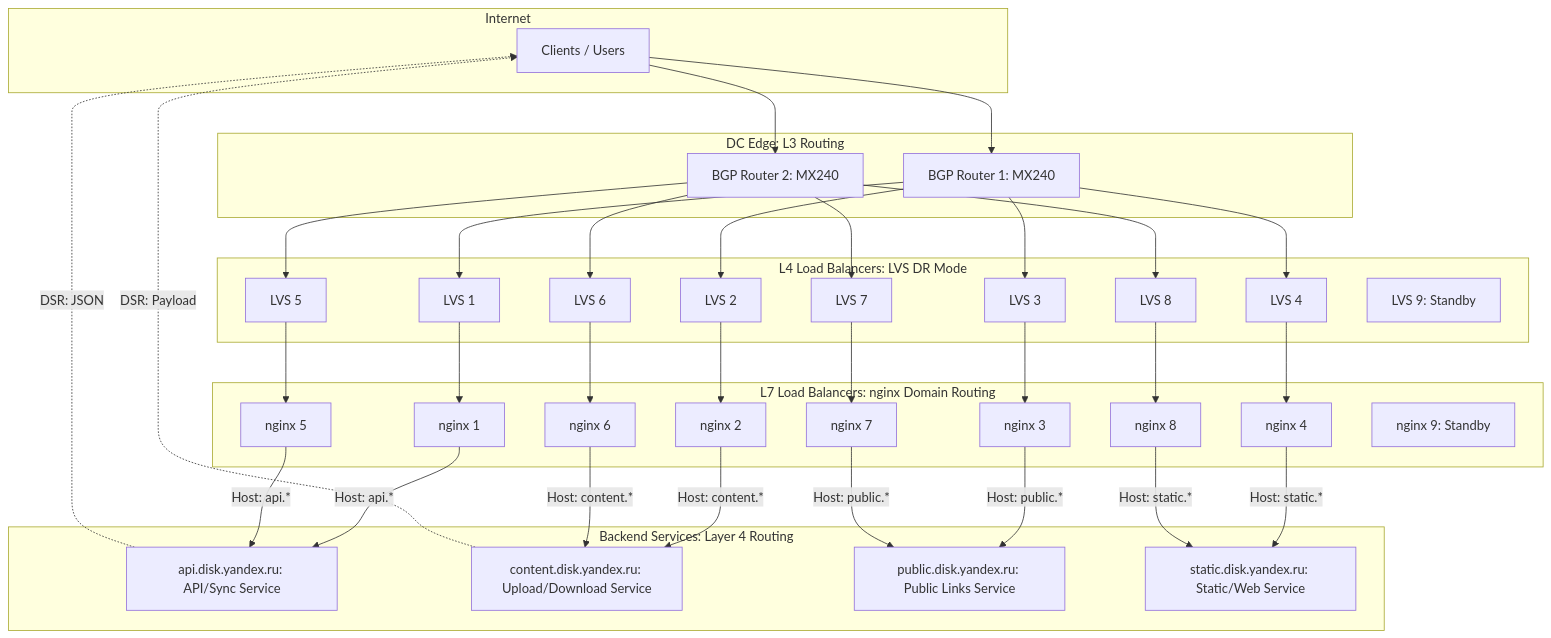
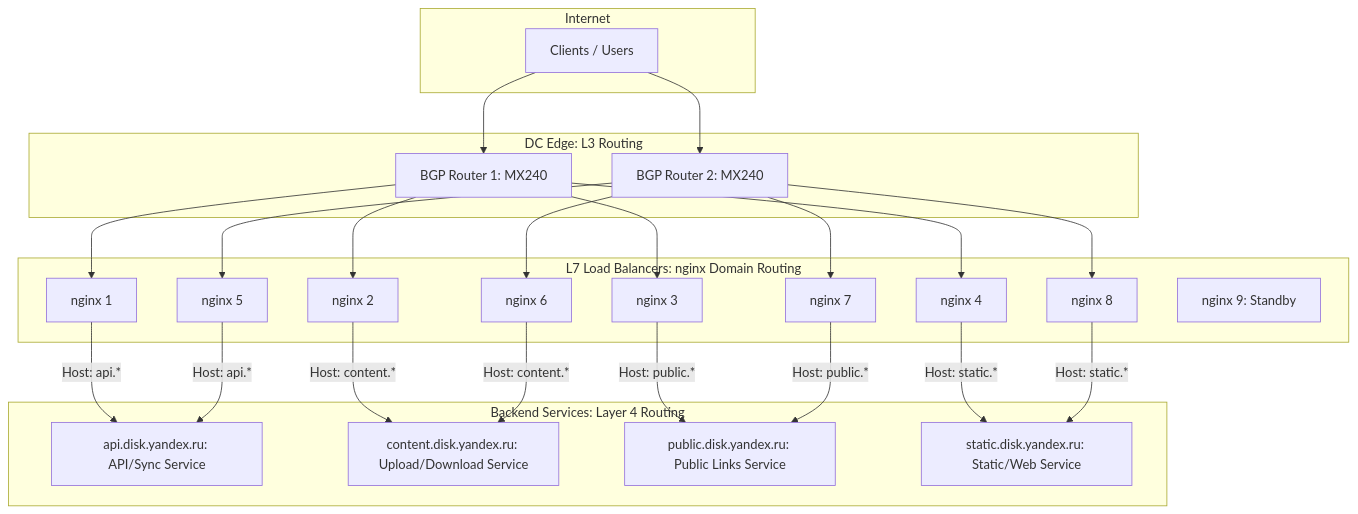
Before and after one commit to ender019/VK_Highload: the first of 3 diagrams in README.md, drawn with Mermaid. The commit also changed other lines of this file and 1 other file, not shown here.

````diff
--- a/README.md
+++ b/README.md
@@ -231,82 +207,56 @@
 ```mermaid
 flowchart TB
     subgraph Internet
         Client1[Clients / Users]
     end
 
     subgraph DC_Edge [DC Edge: L3 Routing]
         BGP1[BGP Router 1: MX240]
         BGP2[BGP Router 2: MX240]
-    end
-
-    subgraph L4_Load_Balancers [L4 Load Balancers: LVS DR Mode]
-        LVS1[LVS 1]
-        LVS2[LVS 2]
-        LVS3[LVS 3]
-        LVS4[LVS 4]
-        LVS5[LVS 5]
-        LVS6[LVS 6]
-        LVS7[LVS 7]
-        LVS8[LVS 8]
-        LVS_S[LVS 9: Standby]
     end
 
     subgraph L7_Load_Balancers [L7 Load Balancers: nginx Domain Routing]
         NG1[nginx 1]
         NG2[nginx 2]
         NG3[nginx 3]
         NG4[nginx 4]
         NG5[nginx 5]
         NG6[nginx 6]
         NG7[nginx 7]
         NG8[nginx 8]
         NG_S[nginx 9: Standby]
     end
 
     subgraph Backend_Services [Backend Services: Layer 4 Routing]
         API[api.disk.yandex.ru: API/Sync Service]
         Content[content.disk.yandex.ru: Upload/Download Service]
         Public[public.disk.yandex.ru: Public Links Service]
         Static[static.disk.yandex.ru: Static/Web Service]
     end
 
     %% Входящий трафик на BGP
     Client1 --> BGP1
     Client1 --> BGP2
 
-    %% ECMP балансировка с BGP на LVS
-    BGP1 --> LVS1
-    BGP1 --> LVS2
-    BGP1 --> LVS3
-    BGP1 --> LVS4
+    %% LVS Direct Routing на nginx (L2 forwarding)
+    BGP1 --> NG1
+    BGP1 --> NG2
+    BGP1 --> NG3
+    BGP1 --> NG4
 
-    BGP2 --> LVS5
-    BGP2 --> LVS6
-    BGP2 --> LVS7
-    BGP2 --> LVS8
-
-    %% LVS Direct Routing на nginx (L2 forwarding)
-    LVS1 --> NG1
-    LVS2 --> NG2
-    LVS3 --> NG3
-    LVS4 --> NG4
-    LVS5 --> NG5
-    LVS6 --> NG6
-    LVS7 --> NG7
-    LVS8 --> NG8
+    BGP2 --> NG5
+    BGP2 --> NG6
+    BGP2 --> NG7
+    BGP2 --> NG8
 
     %% Маршрутизация nginx по доменному имени (Host Header)
     NG1 -- "Host: api.*" --> API
     NG2 -- "Host: content.*" --> Content
     NG3 -- "Host: public.*" --> Public
     NG4 -- "Host: static.*" --> Static
 
     NG5 -- "Host: api.*" --> API
     NG6 -- "Host: content.*" --> Content
     NG7 -- "Host: public.*" --> Public
     NG8 -- "Host: static.*" --> Static
-
-    %% Обратный трафик DSR (Direct Server Return)
-    Content -.->|DSR: Payload| Client1
-    API -.->|DSR: JSON| Client1
 ```
````
